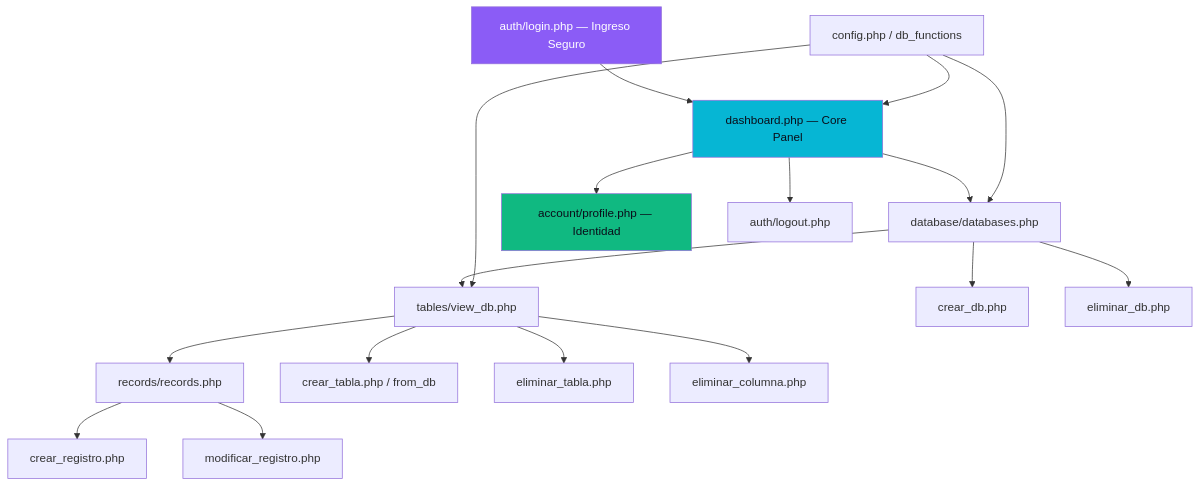
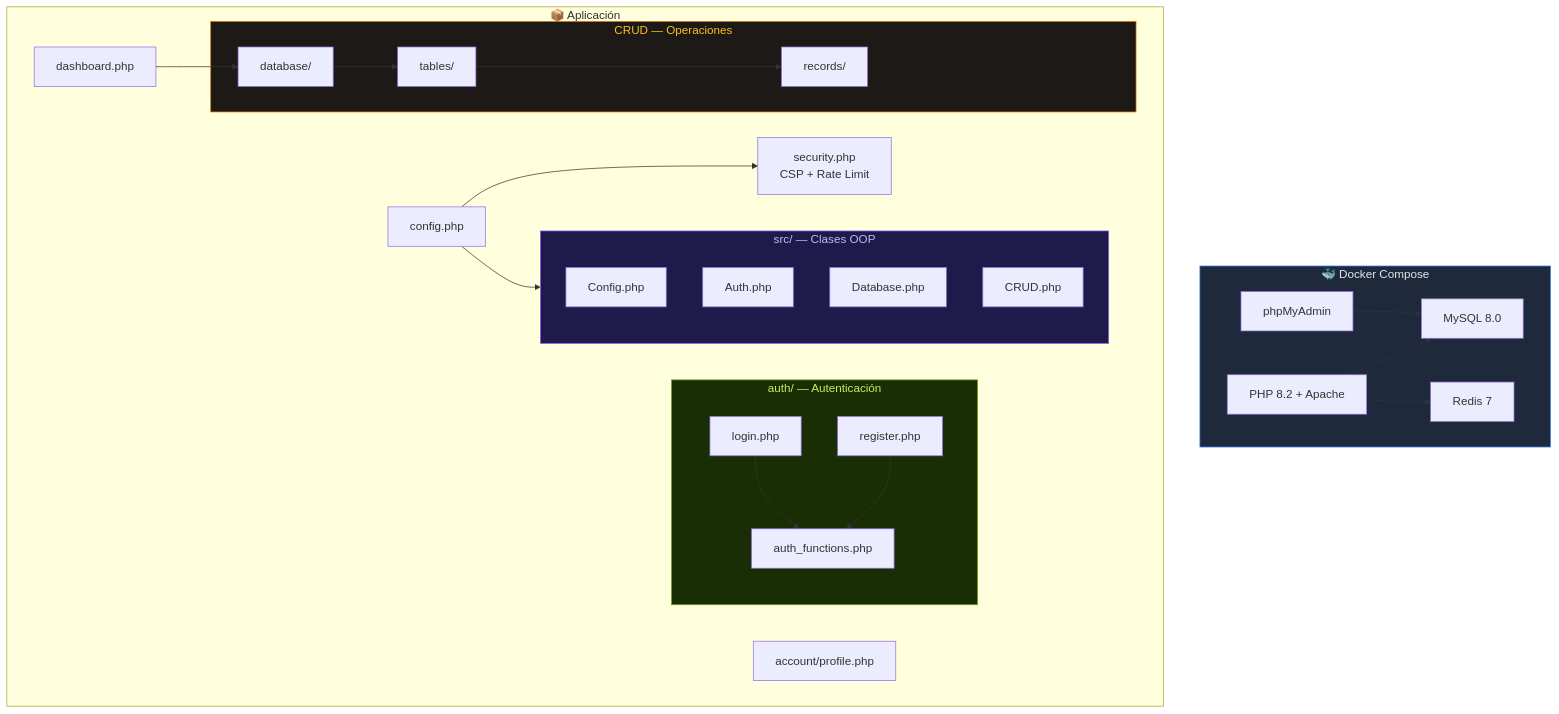
The first of 2 diagrams in README.md (JuanCarlosBarronLopez/DataForge), drawn with Mermaid before and after one commit. The commit also changed other lines of this file and 24 other files, not shown here.

Commit message:
feat: Profesionalización del proyecto - Docker, Seguridad, OOP y README

````diff
--- a/README.md
+++ b/README.md
@@ -32,28 +54,53 @@
 ```mermaid
 graph TD
-    A[auth/login.php — Ingreso Seguro] --> B[dashboard.php — Core Panel]
-    B --> C[database/databases.php]
-    C --> D[tables/view_db.php]
-    D --> E[records/records.php]
+    subgraph Docker["🐳 Docker Compose"]
+        APP["PHP 8.2 + Apache"]
+        DB["MySQL 8.0"]
+        PMA["phpMyAdmin"]
+        REDIS["Redis 7"]
+    end
 
-    B --> P1[account/profile.php — Identidad]
-    B --> P2[auth/logout.php]
+    subgraph App["📦 Aplicación"]
+        CFG["config.php"]
+        SEC["security.php<br/>CSP + Rate Limit"]
+        
+        subgraph Classes["src/ — Clases OOP"]
+            CC["Config.php"]
+            CA["Auth.php"]
+            CD["Database.php"]
+            CR["CRUD.php"]
+        end
+        
+        subgraph Auth["auth/ — Autenticación"]
+            LOGIN["login.php"]
+            REG["register.php"]
+            AF["auth_functions.php"]
+        end
+        
+        subgraph Core["CRUD — Operaciones"]
+            DBS["database/"]
+            TBL["tables/"]
+            REC["records/"]
+        end
+        
+        DASH["dashboard.php"]
+        PROF["account/profile.php"]
+    end
 
-    C --> C1[crear_db.php]
-    C --> C2[eliminar_db.php]
+    APP --> DB
+    APP --> REDIS
+    PMA --> DB
 
-    D --> D1[crear_tabla.php / from_db]
-    D --> D2[eliminar_tabla.php]
-    D --> D3[eliminar_columna.php]
+    CFG --> SEC
+    CFG --> Classes
+    LOGIN --> AF
+    REG --> AF
+    DASH --> DBS
+    DBS --> TBL
+    TBL --> REC
 
-    E --> E1[crear_registro.php]
-    E --> E2[modificar_registro.php]
-
-    F[config.php / db_functions] --> B
-    F --> C
-    F --> D
-
-    style A fill:#8b5cf6,color:#fff
-    style B fill:#06b6d4,color:#0a0e1a
-    style P1 fill:#10b981,color:#0a0e1a
+    style Docker fill:#1e293b,color:#e2e8f0,stroke:#3b82f6
+    style Classes fill:#1e1b4b,color:#c4b5fd,stroke:#8b5cf6
+    style Auth fill:#1a2e05,color:#bef264,stroke:#65a30d
+    style Core fill:#1c1917,color:#fbbf24,stroke:#d97706
 ```
````
